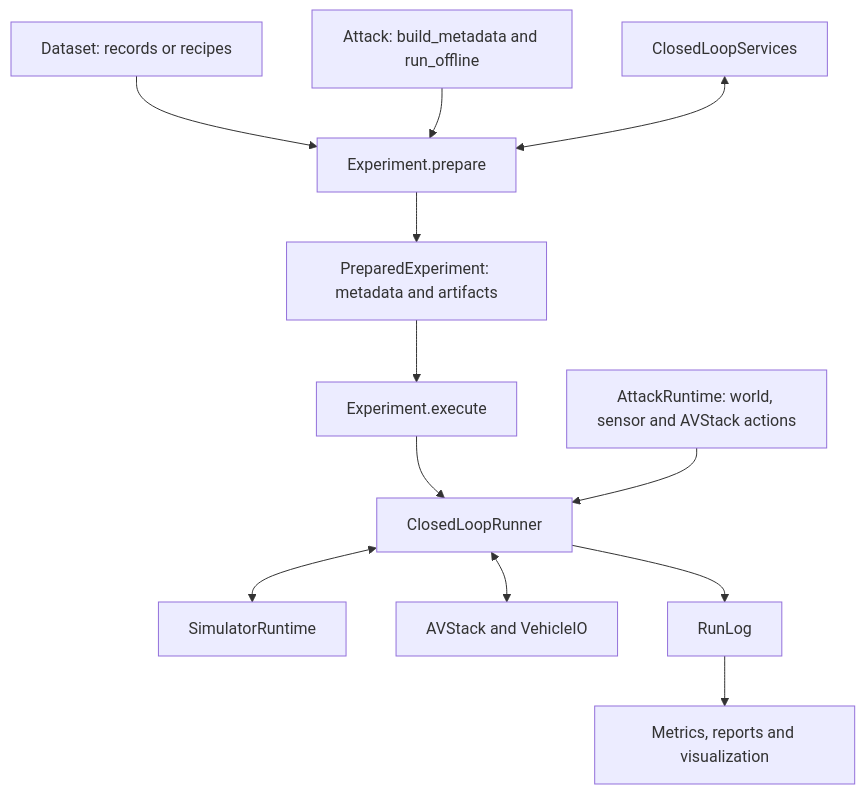
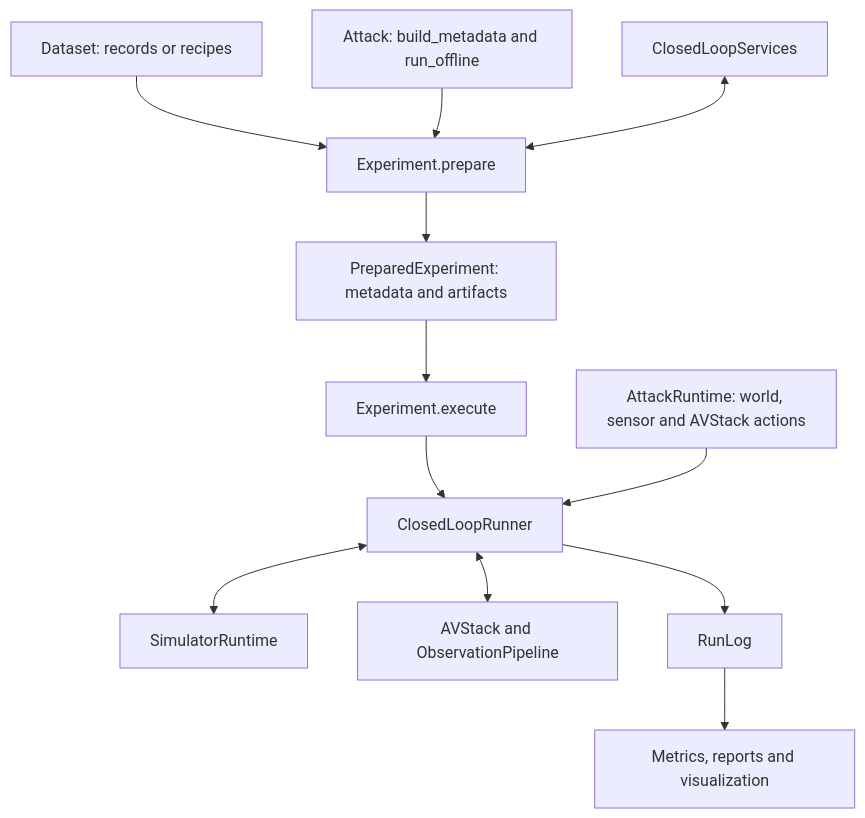
Before and after one commit to AVSecProject/AVSecTester: the diagram in docs/concepts/architecture.md, drawn with Mermaid. The commit also changed other lines of this file and 264 other files, not shown here.

````diff
--- a/docs/concepts/architecture.md
+++ b/docs/concepts/architecture.md
@@ -14,14 +14,14 @@
 ```mermaid
 flowchart TD
     D[Dataset: records or recipes] --> P[Experiment.prepare]
     A[Attack: build_metadata and run_offline] --> P
     S[ClosedLoopServices] <--> P
     P --> M[PreparedExperiment: metadata and artifacts]
     M --> E[Experiment.execute]
     E --> R[ClosedLoopRunner]
     R <--> W[SimulatorRuntime]
-    R <--> V[AVStack and VehicleIO]
+    R <--> V[AVStack and ObservationPipeline]
     T[AttackRuntime: world, sensor and AVStack actions] --> R
     R --> L[RunLog]
     L --> Q[Metrics, reports and visualization]
 ```
````
